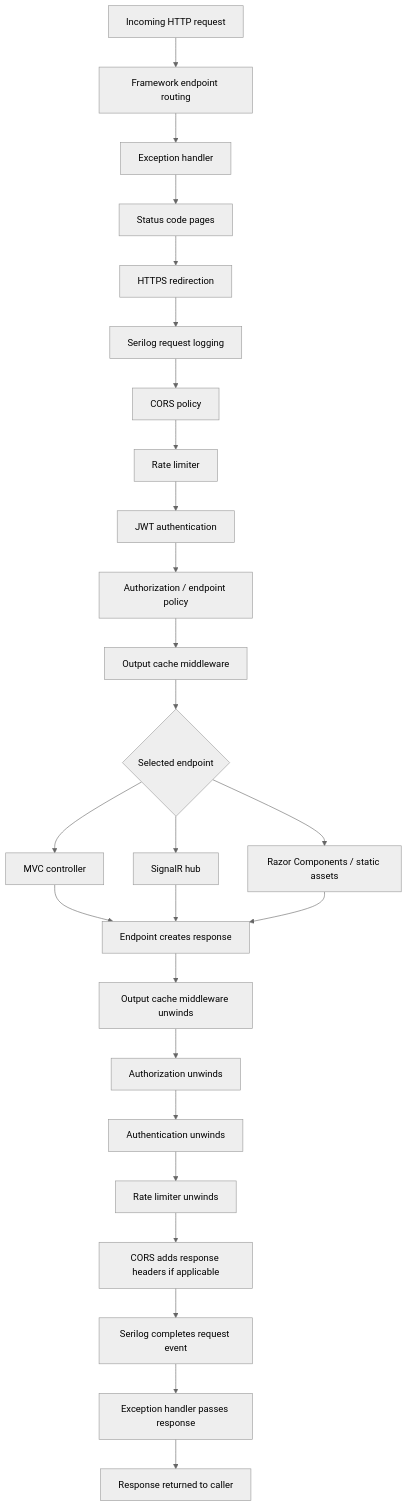
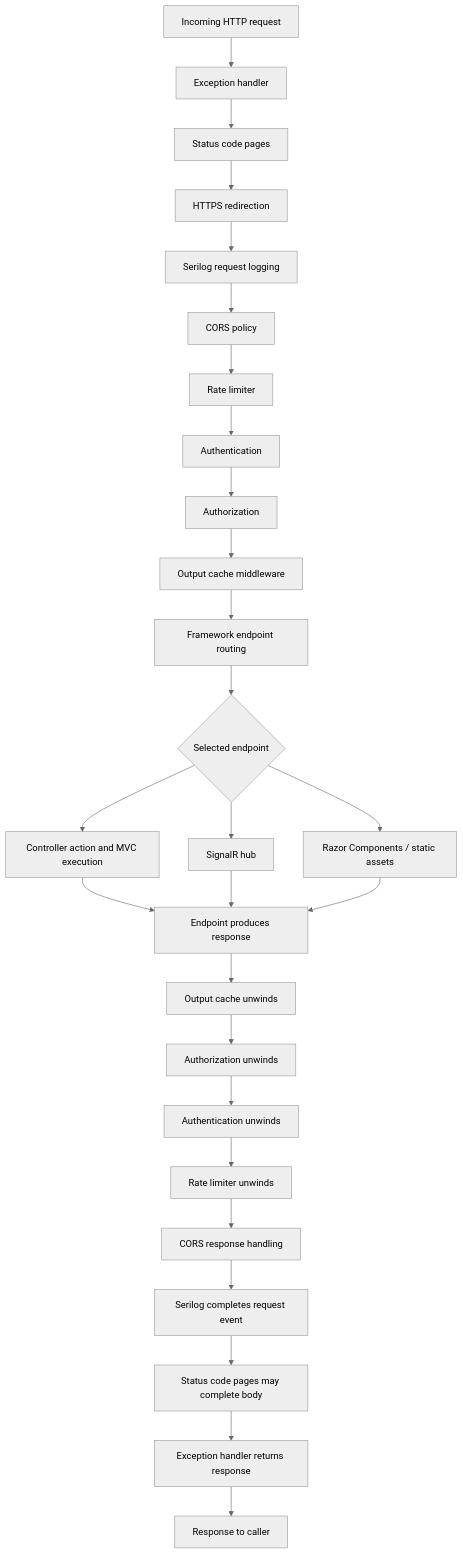
The second of 2 diagrams in docs/architecture/middleware-pipeline.md (fou1100ouacus/Mechanical-Shop), drawn with Mermaid (neutral theme) before and after one commit. The commit also changed other lines of this file, not shown here.

Commit message:
Document MVC filter behavior in pipeline analysis

````diff
--- a/docs/architecture/middleware-pipeline.md
+++ b/docs/architecture/middleware-pipeline.md
@@ -44,28 +44,29 @@
 ```mermaid
 flowchart TD
-  Req[Incoming HTTP request] --> Routing[Framework endpoint routing]
-  Routing --> EH[Exception handler]
+  Req[Incoming HTTP request] --> EH[Exception handler]
   EH --> SCP[Status code pages]
   SCP --> HTTPS[HTTPS redirection]
   HTTPS --> Log[Serilog request logging]
   Log --> CORS[CORS policy]
   CORS --> RL[Rate limiter]
-  RL --> AuthN[JWT authentication]
-  AuthN --> AuthZ[Authorization / endpoint policy]
+  RL --> AuthN[Authentication]
+  AuthN --> AuthZ[Authorization]
   AuthZ --> Cache[Output cache middleware]
-  Cache --> Endpoint{Selected endpoint}
-  Endpoint --> Controller[MVC controller]
+  Cache --> Routing[Framework endpoint routing]
+  Routing --> Endpoint{Selected endpoint}
+  Endpoint --> MVC[Controller action and MVC execution]
   Endpoint --> Hub[SignalR hub]
   Endpoint --> UI[Razor Components / static assets]
-  Controller --> Response[Endpoint creates response]
+  MVC --> Response[Endpoint produces response]
   Hub --> Response
   UI --> Response
-  Response --> CacheOut[Output cache middleware unwinds]
+  Response --> CacheOut[Output cache unwinds]
   CacheOut --> AuthZOut[Authorization unwinds]
   AuthZOut --> AuthNOut[Authentication unwinds]
   AuthNOut --> RLOut[Rate limiter unwinds]
-  RLOut --> CORSOut[CORS adds response headers if applicable]
+  RLOut --> CORSOut[CORS response handling]
   CORSOut --> LogOut[Serilog completes request event]
-  LogOut --> EHOut[Exception handler passes response]
-  EHOut --> Client[Response returned to caller]
+  LogOut --> SCPOut[Status code pages may complete body]
+  SCPOut --> EHOut[Exception handler returns response]
+  EHOut --> Client[Response to caller]
 ```
````
